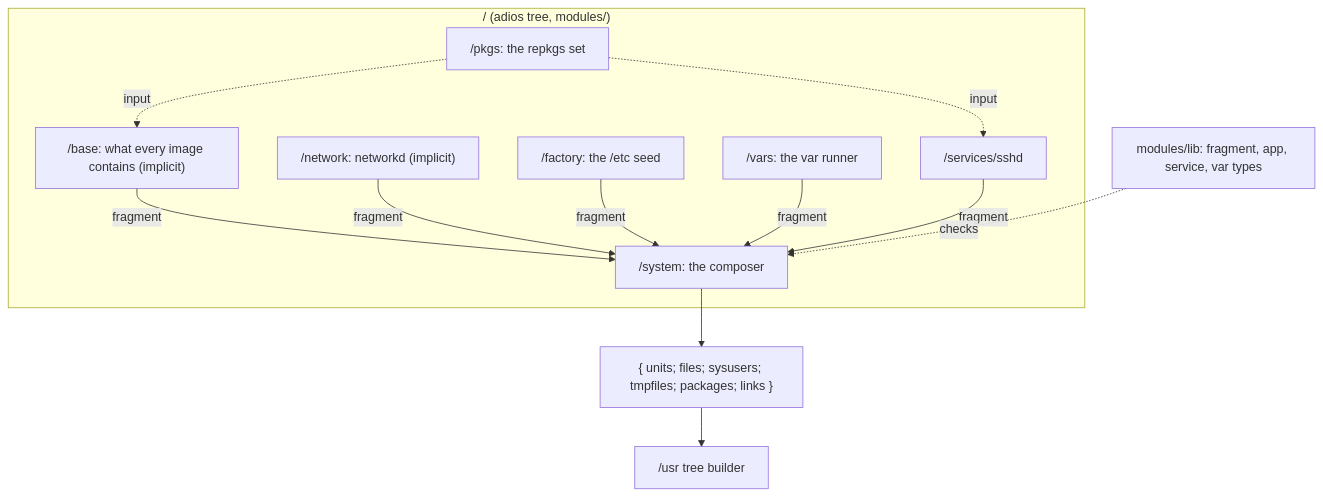
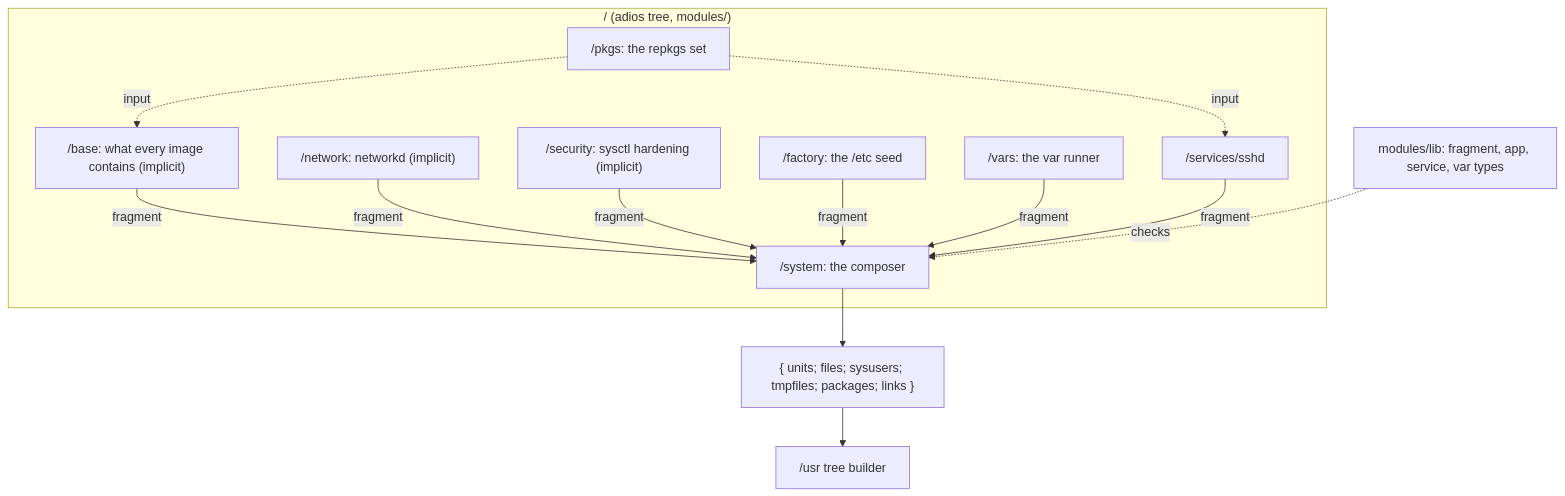
The diagram in docs/design/modules.md (slophaer/golconda), drawn with Mermaid before and after one commit. The commit also changed other lines of this file and 18 other files, not shown here.

````diff
--- a/docs/design/modules.md
+++ b/docs/design/modules.md
@@ -9,22 +9,24 @@
 ```mermaid
 flowchart TD
   subgraph tree["/ (adios tree, modules/)"]
     pkgs["/pkgs: the repkgs set"]
     base["/base: what every image contains (implicit)"]
     net["/network: networkd (implicit)"]
+    sec["/security: sysctl hardening (implicit)"]
     factory["/factory: the /etc seed"]
     vars["/vars: the var runner"]
     sshd["/services/sshd"]
     system["/system: the composer"]
   end
   pkgs -.->|input| base
   pkgs -.->|input| sshd
   base -->|fragment| system
   net -->|fragment| system
+  sec -->|fragment| system
   factory -->|fragment| system
   vars -->|fragment| system
   sshd -->|fragment| system
   lib["modules/lib: fragment, app, service, var types"] -.->|checks| system
   system --> out["{ units; files; sysusers; tmpfiles; packages; links }"]
   out --> usr["/usr tree builder"]
 ```
````
